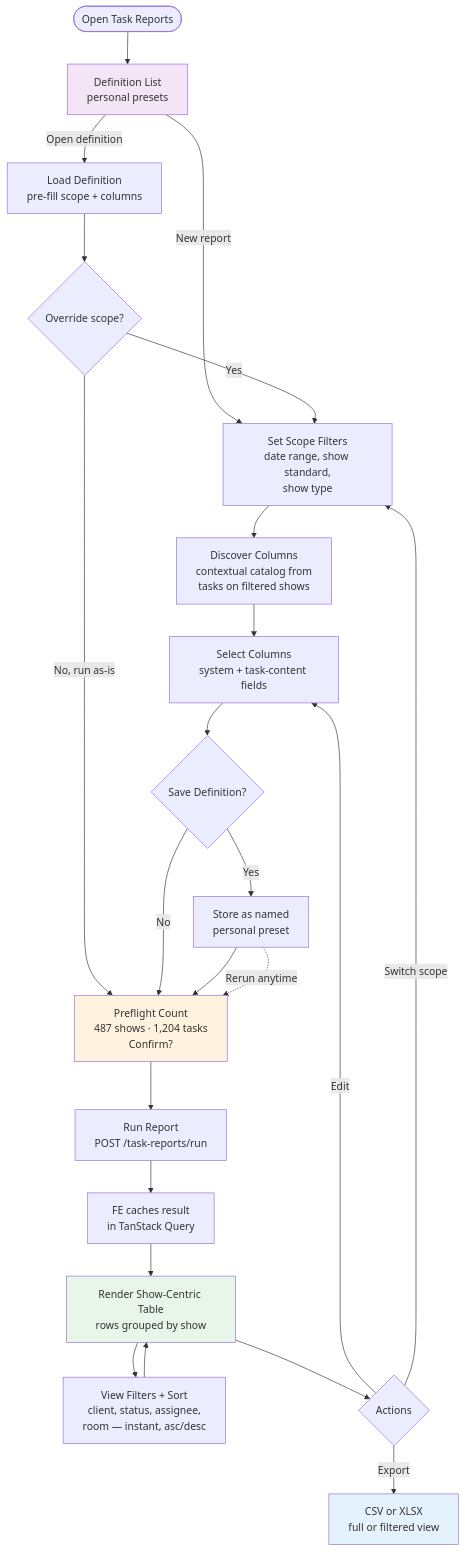
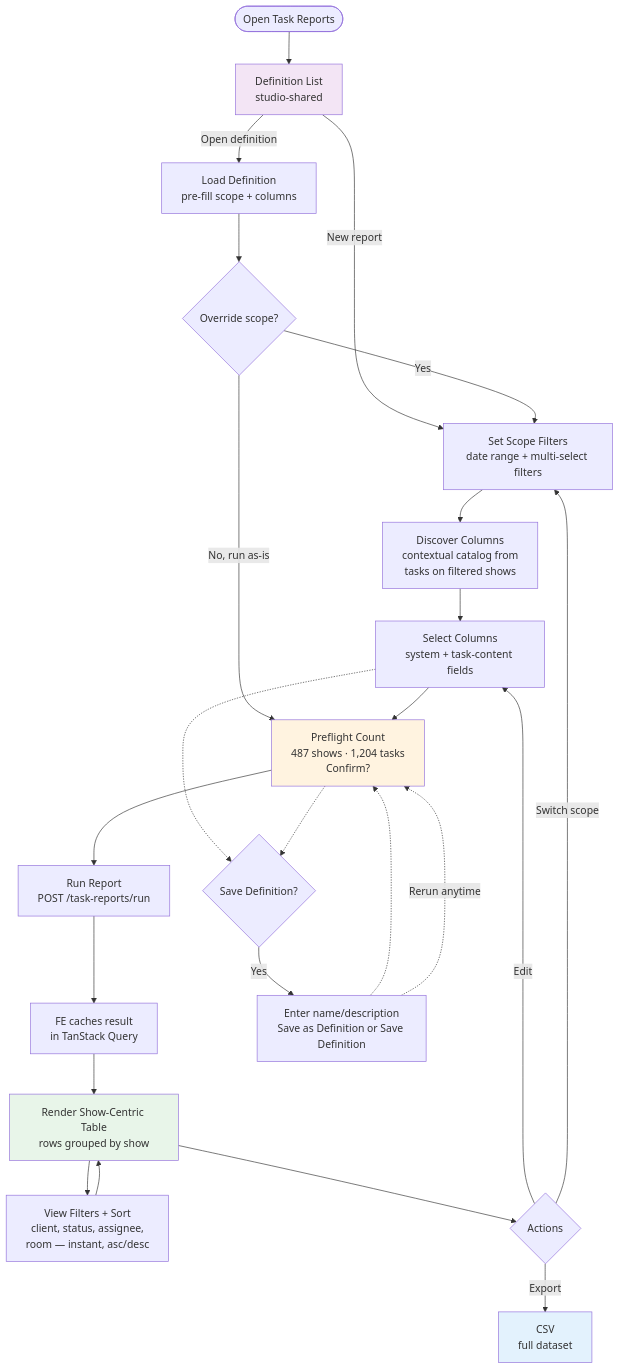
The first of 6 diagrams in apps/erify_studios/docs/design/TASK_SUBMISSION_REPORTING_DESIGN.md (allenlin90/eridu-services), drawn with Mermaid before and after one commit. The commit also changed other lines of this file and 123 other files, not shown here.

First line of the commit message:
feat(task-reports): task submission reporting and export engine (#16)

````diff
--- a/apps/erify_studios/docs/design/TASK_SUBMISSION_REPORTING_DESIGN.md
+++ b/apps/erify_studios/docs/design/TASK_SUBMISSION_REPORTING_DESIGN.md
@@ -57,33 +59,34 @@
 ```mermaid
 flowchart TD
-    START([Open Task Reports]) --> LANDING[Definition List<br/>personal presets]
-    LANDING -->|New report| FILTER[Set Scope Filters<br/>date range, show standard,<br/>show type]
+    START([Open Task Reports]) --> LANDING[Definition List<br/>studio-shared]
+    LANDING -->|New report| FILTER[Set Scope Filters<br/>date range + multi-select filters]
     LANDING -->|Open definition| LOAD[Load Definition<br/>pre-fill scope + columns]
     LOAD --> PREFILLED{Override scope?}
     PREFILLED -->|Yes| FILTER
     PREFILLED -->|No, run as-is| PRE
 
     FILTER --> DISCOVER[Discover Columns<br/>contextual catalog from<br/>tasks on filtered shows]
     DISCOVER --> COLUMNS[Select Columns<br/>system + task-content fields]
-    COLUMNS --> SAVE{Save Definition?}
-    SAVE -->|Yes| DEF[Store as named<br/>personal preset]
-    SAVE -->|No| PRE
-    DEF --> PRE[Preflight Count<br/>487 shows · 1,204 tasks<br/>Confirm?]
+    COLUMNS --> PRE[Preflight Count<br/>487 shows · 1,204 tasks<br/>Confirm?]
     PRE --> RUN[Run Report<br/>POST /task-reports/run]
     RUN --> RESULT[FE caches result<br/>in TanStack Query]
+    COLUMNS -.-> SAVE{Save Definition?}
+    PRE -.-> SAVE
+    SAVE -->|Yes| DEF[Enter name/description<br/>Save as Definition or Save Definition]
+    DEF -.-> PRE
     RESULT --> TABLE[Render Show-Centric Table<br/>rows grouped by show]
 
     TABLE --> VIEW[View Filters + Sort<br/>client, status, assignee,<br/>room — instant, asc/desc]
     VIEW --> TABLE
 
     TABLE --> ACTIONS{Actions}
-    ACTIONS -->|Export| EXPORT[CSV or XLSX<br/>full or filtered view]
+    ACTIONS -->|Export| EXPORT[CSV<br/>full dataset]
     ACTIONS -->|Edit| COLUMNS
     ACTIONS -->|Switch scope| FILTER
     DEF -.->|Rerun anytime| PRE
 
     style TABLE fill:#e8f5e9
     style EXPORT fill:#e3f2fd
     style LANDING fill:#f3e5f5
     style PRE fill:#fff3e0
 ```
````
